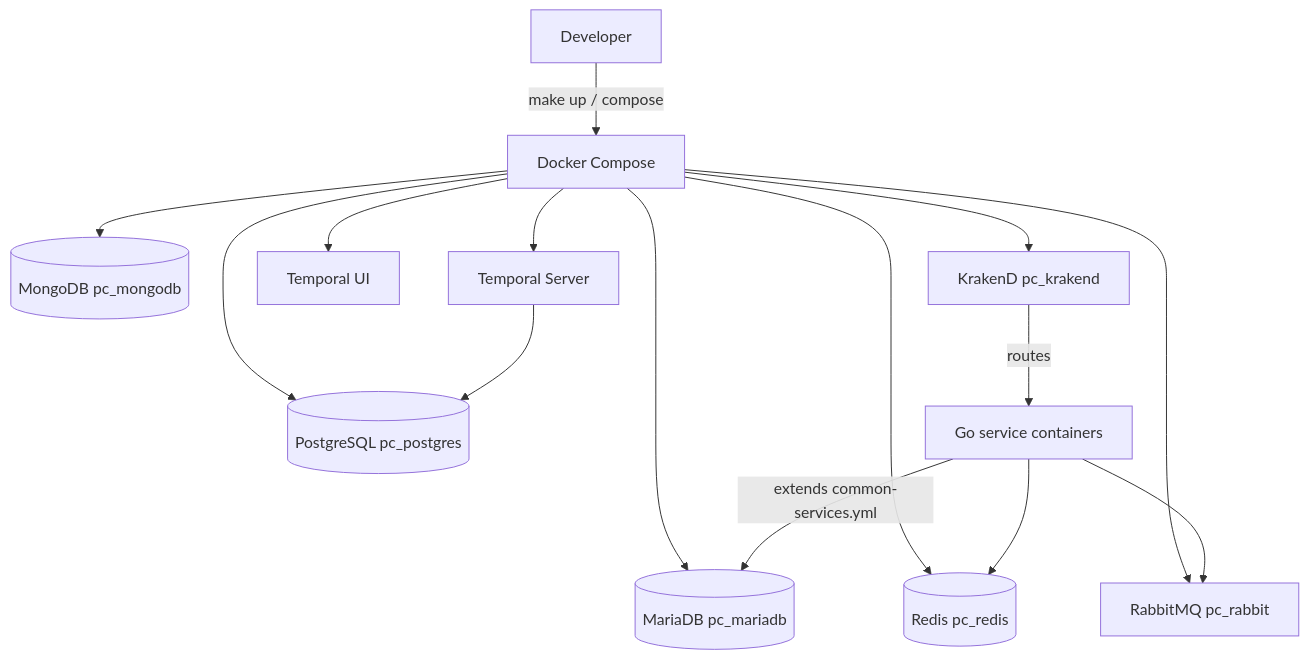
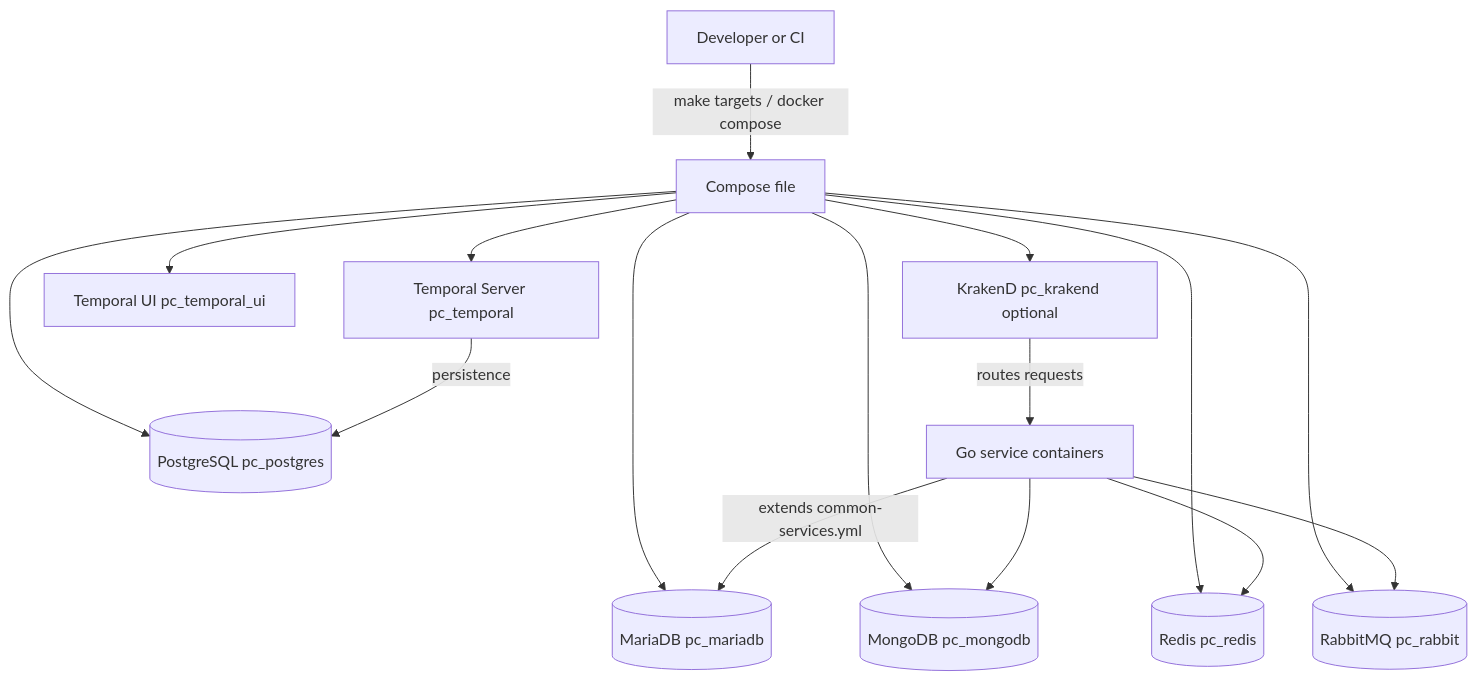
One commit to natansdj/dc_golang changed the first of 4 diagrams in README.md. Above: the diagram before and after it, drawn with Mermaid. The commit also changed other lines of this file and 7 other files, not shown here.

````diff
--- a/README.md
+++ b/README.md
@@ -15,17 +21,18 @@
 ```mermaid
 flowchart TD
-  Dev[Developer] -->|make up / compose| Compose[Docker Compose]
+  Dev[Developer or CI] -->|make targets / docker compose| Compose[Compose file]
   Compose --> MariaDB[(MariaDB pc_mariadb)]
   Compose --> Postgres[(PostgreSQL pc_postgres)]
   Compose --> Mongo[(MongoDB pc_mongodb)]
   Compose --> Redis[(Redis pc_redis)]
-  Compose --> Rabbit[RabbitMQ pc_rabbit]
-  Compose --> Temporal[Temporal Server]
-  Compose --> TemporalUI[Temporal UI]
-  Compose --> KrakenD[KrakenD pc_krakend]
-  Temporal --> Postgres
-  GoDev[Go service containers] -->|extends common-services.yml| MariaDB
-  GoDev --> Redis
-  GoDev --> Rabbit
-  KrakenD -->|routes| GoDev
+  Compose --> Rabbit[(RabbitMQ pc_rabbit)]
+  Compose --> Temporal[Temporal Server pc_temporal]
+  Compose --> TemporalUI[Temporal UI pc_temporal_ui]
+  Compose --> KrakenD[KrakenD pc_krakend optional]
+  Temporal -->|persistence| Postgres
+  GoSvc[Go service containers] -->|extends common-services.yml| MariaDB
+  GoSvc --> Redis
+  GoSvc --> Rabbit
+  GoSvc --> Mongo
+  KrakenD -->|routes requests| GoSvc
 ```
````
